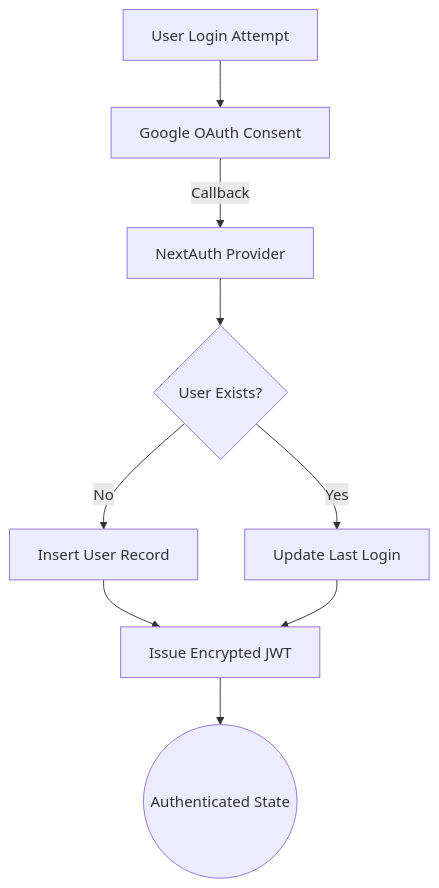
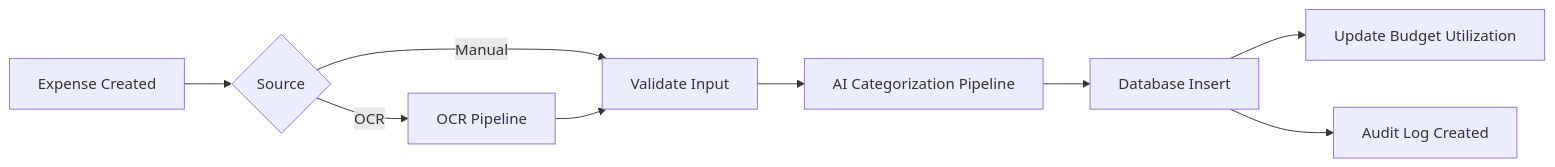
The fourth of 8 diagrams in README.md (Karthik00769/SmartSpend), drawn with Mermaid before and after one commit. The commit also changed other lines of this file, not shown here.

````diff
--- a/README.md
+++ b/README.md
@@ -131,11 +93,11 @@
 ```mermaid
-graph TD
-    Start[User Login Attempt] --> Google[Google OAuth Consent]
-    Google -->|Callback| NextAuth[NextAuth Provider]
-    NextAuth --> DBCheck{User Exists?}
-    DBCheck -->|No| CreateUser[Insert User Record]
-    DBCheck -->|Yes| UpdateLogin[Update Last Login]
-    CreateUser --> IssueJWT[Issue Encrypted JWT]
-    UpdateLogin --> IssueJWT
-    IssueJWT --> Authenticated((Authenticated State))
+flowchart LR
+    A[Expense Created] --> B{Source}
+    B -->|Manual| C[Validate Input]
+    B -->|OCR| D[OCR Pipeline]
+    D --> C
+    C --> E[AI Categorization Pipeline]
+    E --> F[Database Insert]
+    F --> G[Update Budget Utilization]
+    F --> H[Audit Log Created]
 ```
````
